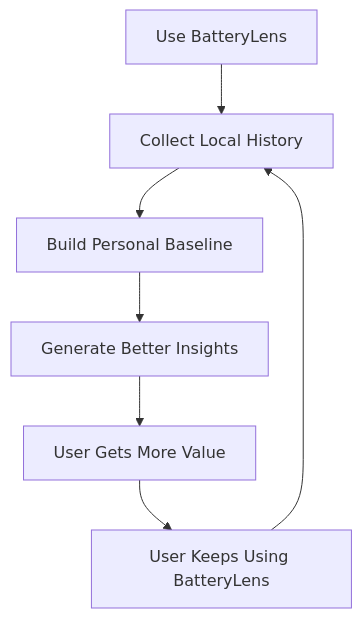
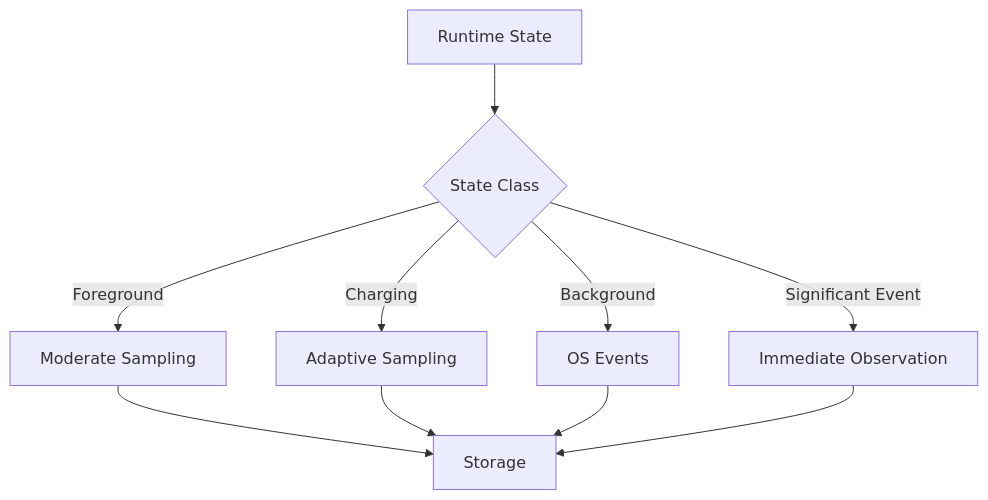
One commit to lucylow/battery_tracker_mobile changed diagram 20 of 25 in README.md. Above: the diagram before and after it, drawn with Mermaid. The commit also changed other lines of this file, not shown here.

````diff
--- a/README.md
+++ b/README.md
@@ -2562,9 +1513,12 @@
 ```mermaid
 flowchart TD
-    A[Use BatteryLens] --> B[Collect Local History]
-    B --> C[Build Personal Baseline]
-    C --> D[Generate Better Insights]
-    D --> E[User Gets More Value]
-    E --> F[User Keeps Using BatteryLens]
-    F --> B
+    A[Runtime State] --> B{State Class}
+    B -->|Foreground| C[Moderate Sampling]
+    B -->|Charging| D[Adaptive Sampling]
+    B -->|Background| E[OS Events]
+    B -->|Significant Event| F[Immediate Observation]
+    C --> G[Storage]
+    D --> G
+    E --> G
+    F --> G
 ```
````
